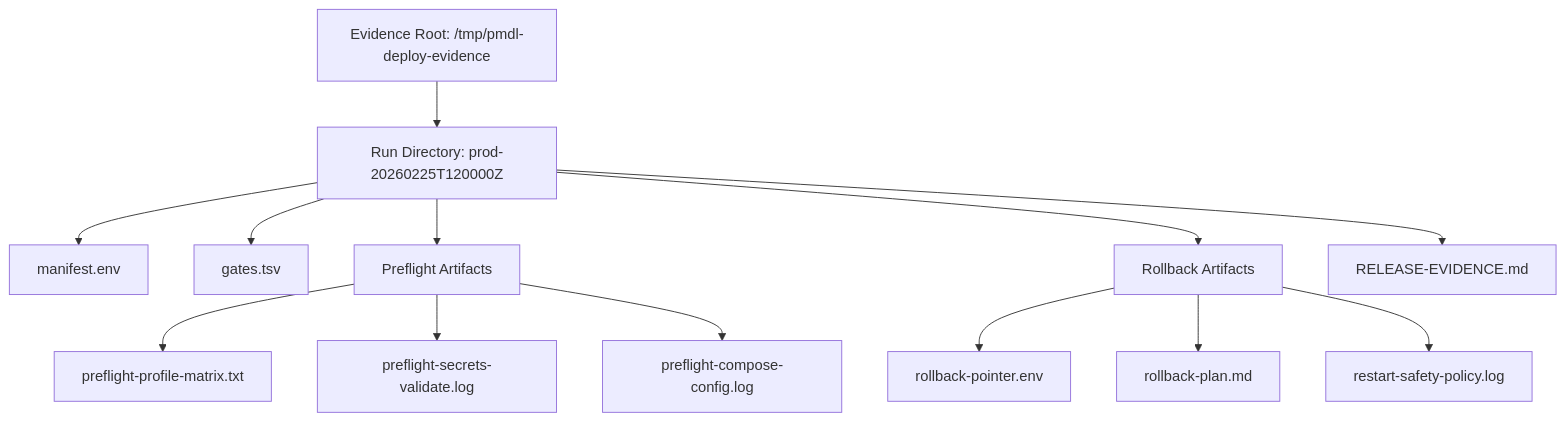
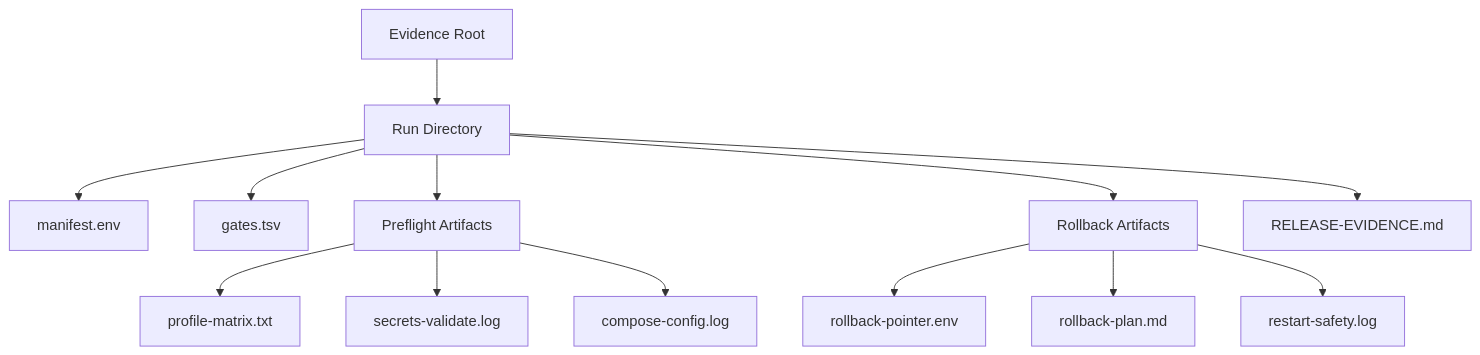
Before and after one commit to peermesh/docker-lab-docs: the third of 4 diagrams in docs/deployment.md, drawn with Mermaid. The commit also changed other lines of this file and 13 other files, not shown here.

First line of the commit message:
fix: improve diagram legibility and icon rendering

````diff
--- a/docs/deployment.md
+++ b/docs/deployment.md
@@ -529,25 +529,25 @@
 ```mermaid
 flowchart TB
-    EvidenceRoot["Evidence Root: /tmp/pmdl-deploy-evidence"]
-    RunDir["Run Directory: prod-20260225T120000Z"]
+    EvidenceRoot["Evidence Root"]
+    RunDir["Run Directory"]
     Manifest["manifest.env"]
     Gates["gates.tsv"]
     Preflight["Preflight Artifacts"]
     Rollback["Rollback Artifacts"]
     Release["RELEASE-EVIDENCE.md"]
 
     EvidenceRoot --> RunDir
     RunDir --> Manifest
     RunDir --> Gates
     RunDir --> Preflight
     RunDir --> Rollback
     RunDir --> Release
 
-    Preflight --> ProfileMatrix["preflight-profile-matrix.txt"]
-    Preflight --> SecretsLog["preflight-secrets-validate.log"]
-    Preflight --> ComposeLog["preflight-compose-config.log"]
+    Preflight --> ProfileMatrix["profile-matrix.txt"]
+    Preflight --> SecretsLog["secrets-validate.log"]
+    Preflight --> ComposeLog["compose-config.log"]
 
     Rollback --> Pointer["rollback-pointer.env"]
     Rollback --> Plan["rollback-plan.md"]
-    Rollback --> Safety["restart-safety-policy.log"]
+    Rollback --> Safety["restart-safety.log"]
 ```
````
